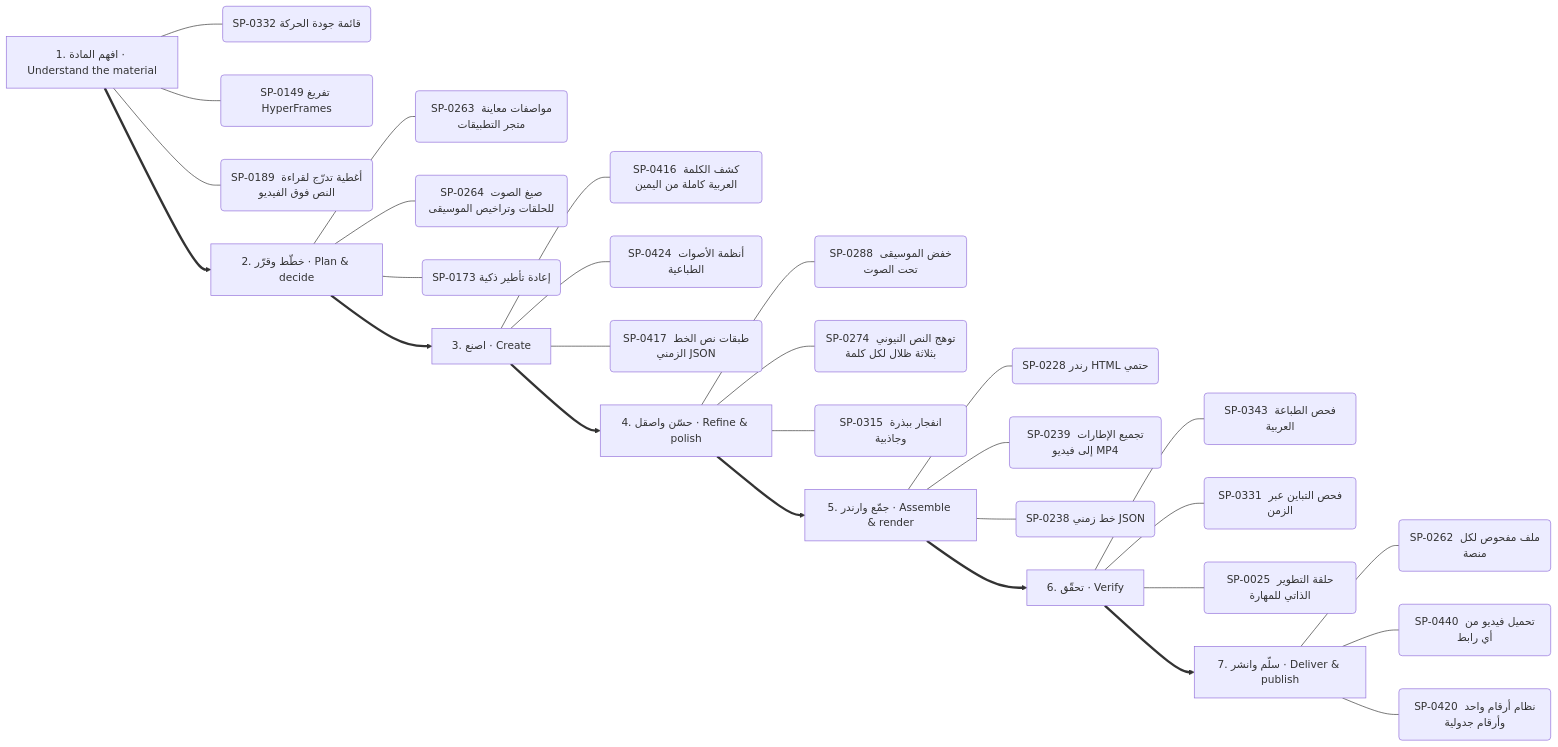
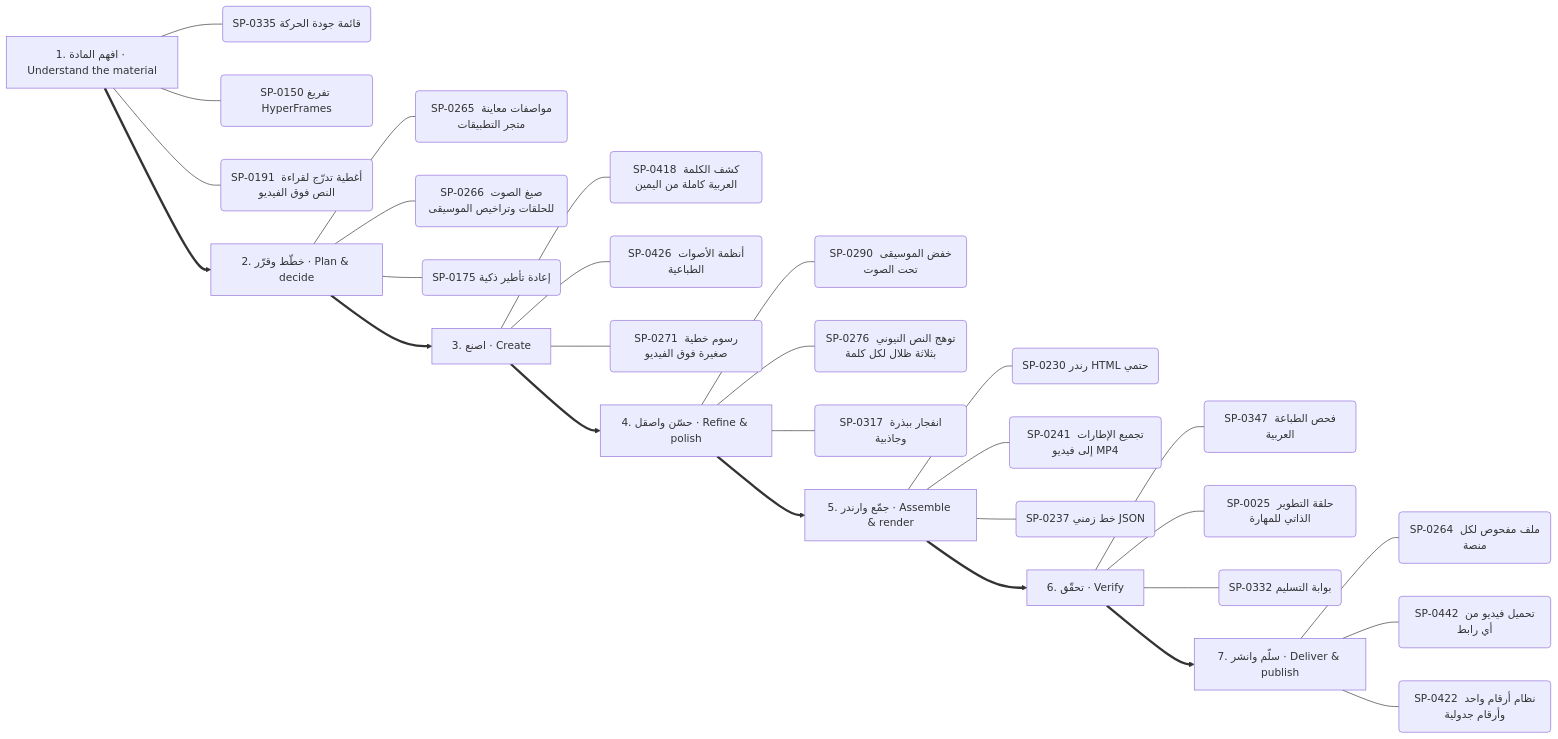
One commit to kosif199022-jpg/kosif-tool changed the second of 13 diagrams in .claude/skills/kosif-superpowers/references/capability-mindmap.md. Above: the diagram before and after it, drawn with Mermaid. The commit also changed other lines of this file and 67 other files, not shown here.

````diff
--- a/.claude/skills/kosif-superpowers/references/capability-mindmap.md
+++ b/.claude/skills/kosif-superpowers/references/capability-mindmap.md
@@ -128,37 +129,37 @@
 ```mermaid
 flowchart LR
   S0["1. افهم المادة · Understand the material"]
-  S0 --- S0_0("SP-0332 قائمة جودة الحركة")
-  S0 --- S0_1("SP-0149 تفريغ HyperFrames")
-  S0 --- S0_2("SP-0189 أغطية تدرّج لقراءة النص فوق الفيديو")
+  S0 --- S0_0("SP-0335 قائمة جودة الحركة")
+  S0 --- S0_1("SP-0150 تفريغ HyperFrames")
+  S0 --- S0_2("SP-0191 أغطية تدرّج لقراءة النص فوق الفيديو")
   S1["2. خطّط وقرّر · Plan & decide"]
-  S1 --- S1_0("SP-0263 مواصفات معاينة متجر التطبيقات")
-  S1 --- S1_1("SP-0264 صيغ الصوت للحلقات وتراخيص الموسيقى")
-  S1 --- S1_2("SP-0173 إعادة تأطير ذكية")
+  S1 --- S1_0("SP-0265 مواصفات معاينة متجر التطبيقات")
+  S1 --- S1_1("SP-0266 صيغ الصوت للحلقات وتراخيص الموسيقى")
+  S1 --- S1_2("SP-0175 إعادة تأطير ذكية")
   S0 ==> S1
   S2["3. اصنع · Create"]
-  S2 --- S2_0("SP-0416 كشف الكلمة العربية كاملة من اليمين")
-  S2 --- S2_1("SP-0424 أنظمة الأصوات الطباعية")
-  S2 --- S2_2("SP-0417 طبقات نص الخط الزمني JSON")
+  S2 --- S2_0("SP-0418 كشف الكلمة العربية كاملة من اليمين")
+  S2 --- S2_1("SP-0426 أنظمة الأصوات الطباعية")
+  S2 --- S2_2("SP-0271 رسوم خطية صغيرة فوق الفيديو")
   S1 ==> S2
   S3["4. حسّن واصقل · Refine & polish"]
-  S3 --- S3_0("SP-0288 خفض الموسيقى تحت الصوت")
-  S3 --- S3_1("SP-0274 توهج النص النيوني بثلاثة ظلال لكل كلمة")
-  S3 --- S3_2("SP-0315 انفجار ببذرة وجاذبية")
+  S3 --- S3_0("SP-0290 خفض الموسيقى تحت الصوت")
+  S3 --- S3_1("SP-0276 توهج النص النيوني بثلاثة ظلال لكل كلمة")
+  S3 --- S3_2("SP-0317 انفجار ببذرة وجاذبية")
   S2 ==> S3
   S4["5. جمّع وارندر · Assemble & render"]
-  S4 --- S4_0("SP-0228 رندر HTML حتمي")
-  S4 --- S4_1("SP-0239 تجميع الإطارات إلى فيديو MP4")
-  S4 --- S4_2("SP-0238 خط زمني JSON")
+  S4 --- S4_0("SP-0230 رندر HTML حتمي")
+  S4 --- S4_1("SP-0241 تجميع الإطارات إلى فيديو MP4")
+  S4 --- S4_2("SP-0237 خط زمني JSON")
   S3 ==> S4
   S5["6. تحقّق · Verify"]
-  S5 --- S5_0("SP-0343 فحص الطباعة العربية")
-  S5 --- S5_1("SP-0331 فحص التباين عبر الزمن")
-  S5 --- S5_2("SP-0025 حلقة التطوير الذاتي للمهارة")
+  S5 --- S5_0("SP-0347 فحص الطباعة العربية")
+  S5 --- S5_1("SP-0025 حلقة التطوير الذاتي للمهارة")
+  S5 --- S5_2("SP-0332 بوابة التسليم")
   S4 ==> S5
   S6["7. سلّم وانشر · Deliver & publish"]
-  S6 --- S6_0("SP-0262 ملف مفحوص لكل منصة")
-  S6 --- S6_1("SP-0440 تحميل فيديو من أي رابط")
-  S6 --- S6_2("SP-0420 نظام أرقام واحد وأرقام جدولية")
+  S6 --- S6_0("SP-0264 ملف مفحوص لكل منصة")
+  S6 --- S6_1("SP-0442 تحميل فيديو من أي رابط")
+  S6 --- S6_2("SP-0422 نظام أرقام واحد وأرقام جدولية")
   S5 ==> S6
 ```
````
